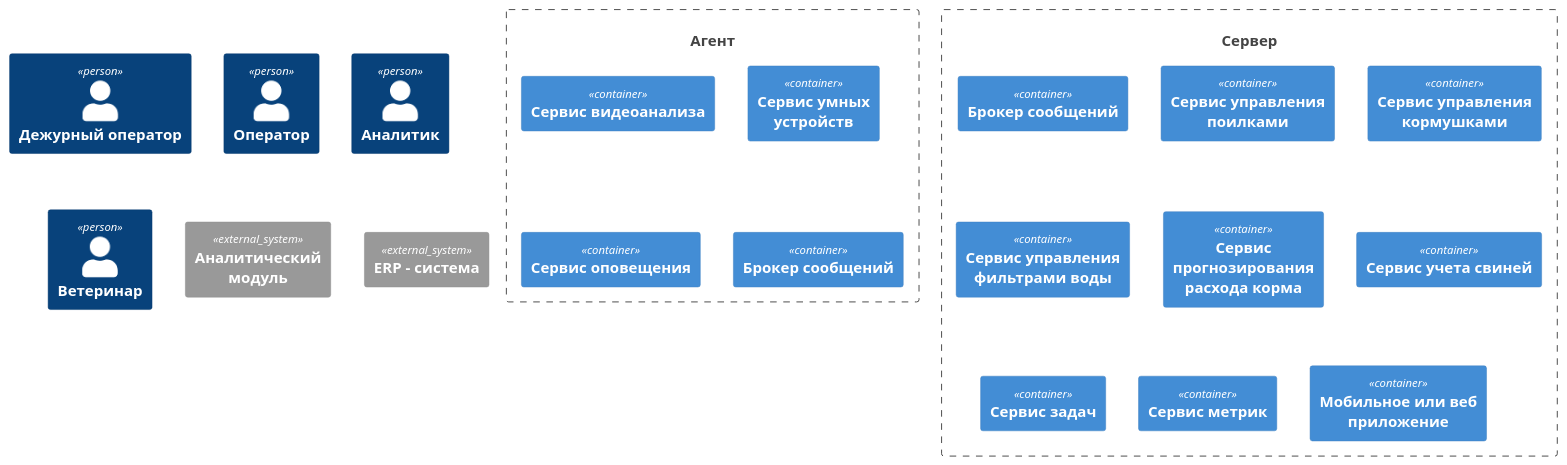
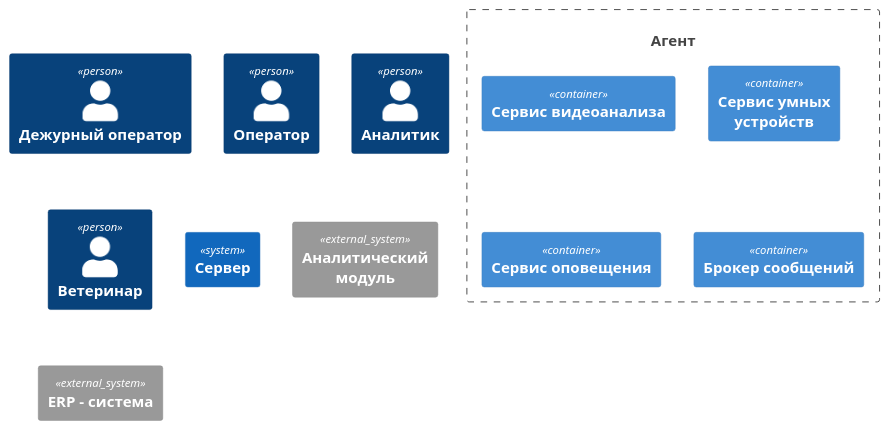
The diagram in Task2/ATCK_C4_Containers_test.puml (mirray/MSA-AgroTech), drawn with PlantUML before and after one commit.

```diff
--- a/Task2/ATCK_C4_Containers_test.puml
+++ b/Task2/ATCK_C4_Containers_test.puml
@@ -1,33 +1,22 @@
 @startuml Архитектура_АвтоТехноСвиноКомплекс_v1
 !include <C4/C4_Container>
 
 Person(duty_operator, "Дежурный оператор")
 Person(operator, "Оператор")
 Person(analytic, "Аналитик")
 Person(vet, "Ветеринар")
 
 System(atck_agent, "Агент")
 System(atck_server, "Сервер")
 System_Ext(analytic_module, "Аналитический модуль")
 System_Ext(erp, "ERP - система")
 
 System_Boundary(atck_agent, "Агент"){
     Container(video, "Сервис видеоанализа")
     Container(iot, "Сервис умных устройств")
     Container(notification, "Сервис оповещения")
     Container(broker, "Брокер сообщений")
 }
 
-System_Boundary(atck_server, "Сервер"){
-    Container(broker_server, "Брокер сообщений")
-    Container(water, "Сервис управления поилками")
-    Container(food, "Сервис управления кормушками")
-    Container(water_filter, "Сервис управления фильтрами воды")
-    Container(food_supply, "Сервис прогнозирования расхода корма")
-    Container(pigs, "Сервис учета свиней")
-    Container(tasks, "Сервис задач")
-    Container(metrics, "Сервис метрик")
-    Container(ui, "Мобильное или веб приложение") 
-}
 
 @enduml
```
